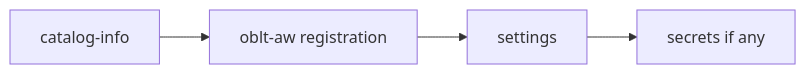
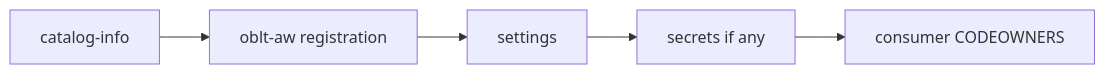
The second of 2 diagrams in docs/user-guide/onboard-a-repository.md (elastic/oblt-aw), drawn with Mermaid before and after one commit. The commit also changed other lines of this file, not shown here.

Commit message:
docs: add trigger CODEOWNERS onboarding step

````diff
--- a/docs/user-guide/onboard-a-repository.md
+++ b/docs/user-guide/onboard-a-repository.md
@@ -54,6 +55,7 @@
    ```mermaid
    flowchart LR
      C1[catalog-info] --> C2[oblt-aw registration]
      C2 --> C3[settings]
      C3 --> C4[secrets if any]
+     C4 --> C5[consumer CODEOWNERS]
    ```
````
